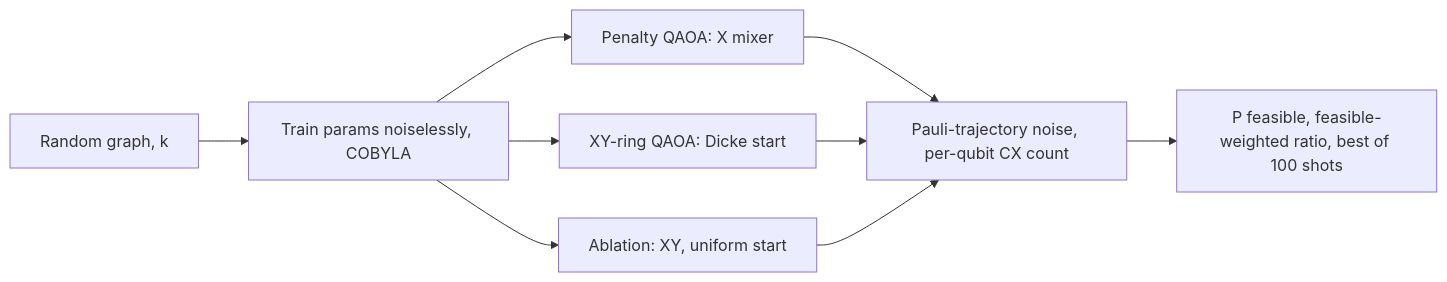
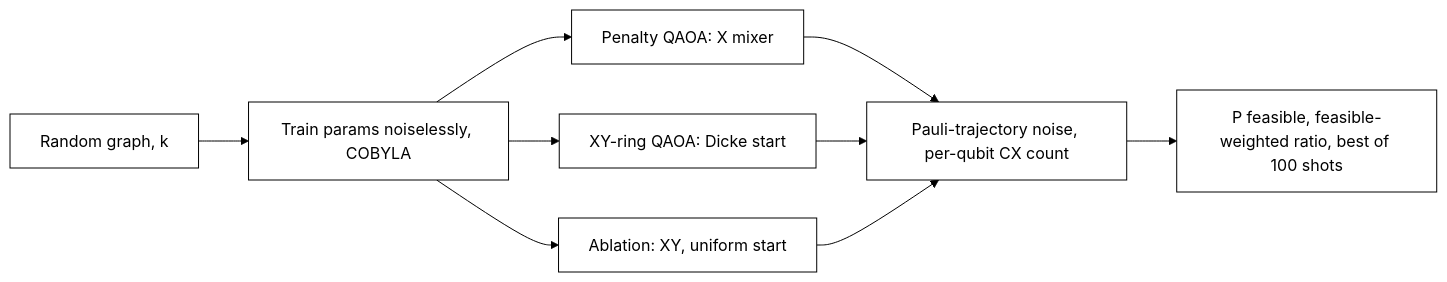
The diagram in README.md (pradeepdegalaroyal/xy-mixer-vs-penalty-qaoa-noise-crossover), drawn with Mermaid before and after one commit. The commit also changed other lines of this file and 2 other files, not shown here.

Commit message:
Docs: spell out abbreviations at first use; diagram labels beside arrows

````diff
--- a/README.md
+++ b/README.md
@@ -11,11 +11,12 @@
 ```mermaid
+%%{init: {'theme': 'base', 'themeVariables': {'primaryColor': '#ffffff', 'primaryTextColor': '#000000', 'primaryBorderColor': '#000000', 'lineColor': '#000000', 'secondaryColor': '#ffffff', 'tertiaryColor': '#ffffff', 'background': '#ffffff', 'noteBkgColor': '#ffffff', 'noteTextColor': '#000000', 'actorBkg': '#ffffff', 'actorBorder': '#000000', 'actorTextColor': '#000000', 'signalColor': '#000000', 'signalTextColor': '#000000', 'labelBoxBkgColor': '#ffffff', 'labelTextColor': '#000000', 'clusterBkg': '#ffffff', 'clusterBorder': '#000000'}}}%%
 graph LR
-A[Random graph, k] --> B[Train params noiselessly, COBYLA]
-B --> C[Penalty QAOA: X mixer]
-B --> D[XY-ring QAOA: Dicke start]
-B --> E[Ablation: XY, uniform start]
-C --> F[Pauli-trajectory noise, per-qubit CX count]
+A["Random graph, k"] --> B["Train params noiselessly, COBYLA"]
+B --> C["Penalty QAOA: X mixer"]
+B --> D["XY-ring QAOA: Dicke start"]
+B --> E["Ablation: XY, uniform start"]
+C --> F["Pauli-trajectory noise, per-qubit CX count"]
 D --> F
 E --> F
-F --> G[P feasible, feasible-weighted ratio, best of 100 shots]
+F --> G["P feasible, feasible-weighted ratio, best of 100 shots"]
 ```
````
